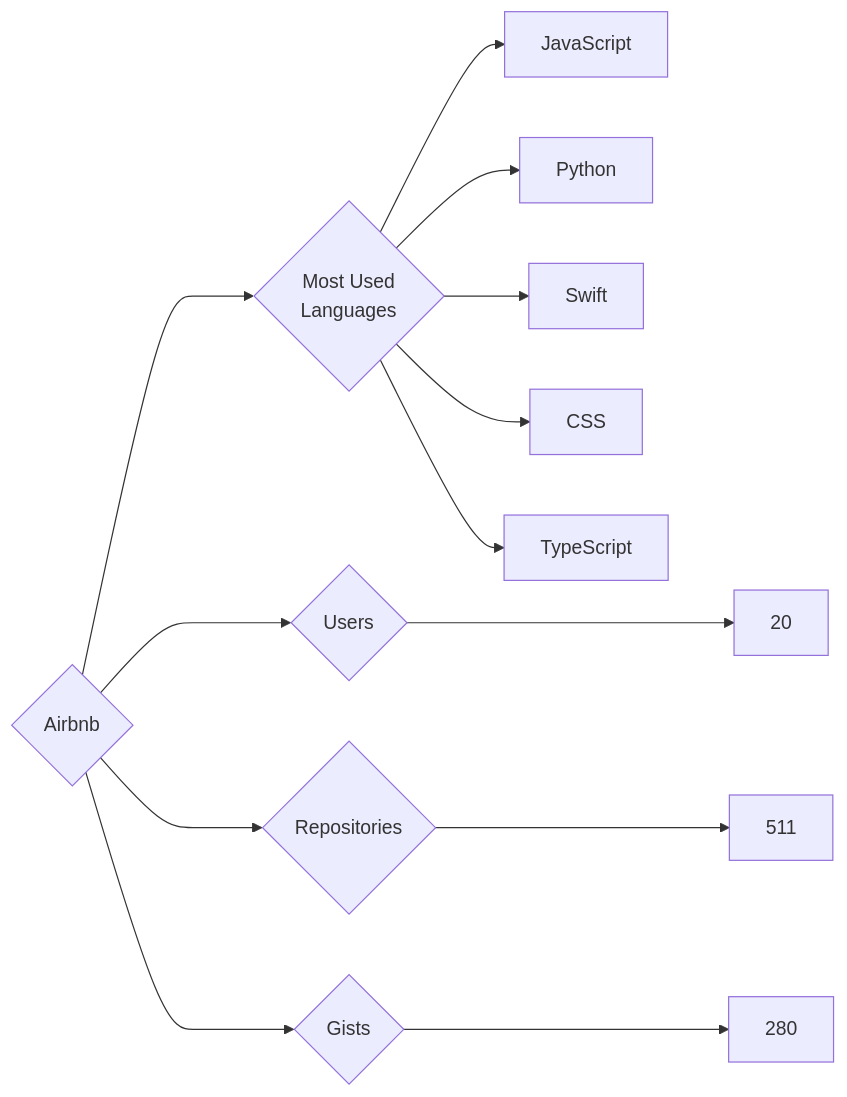
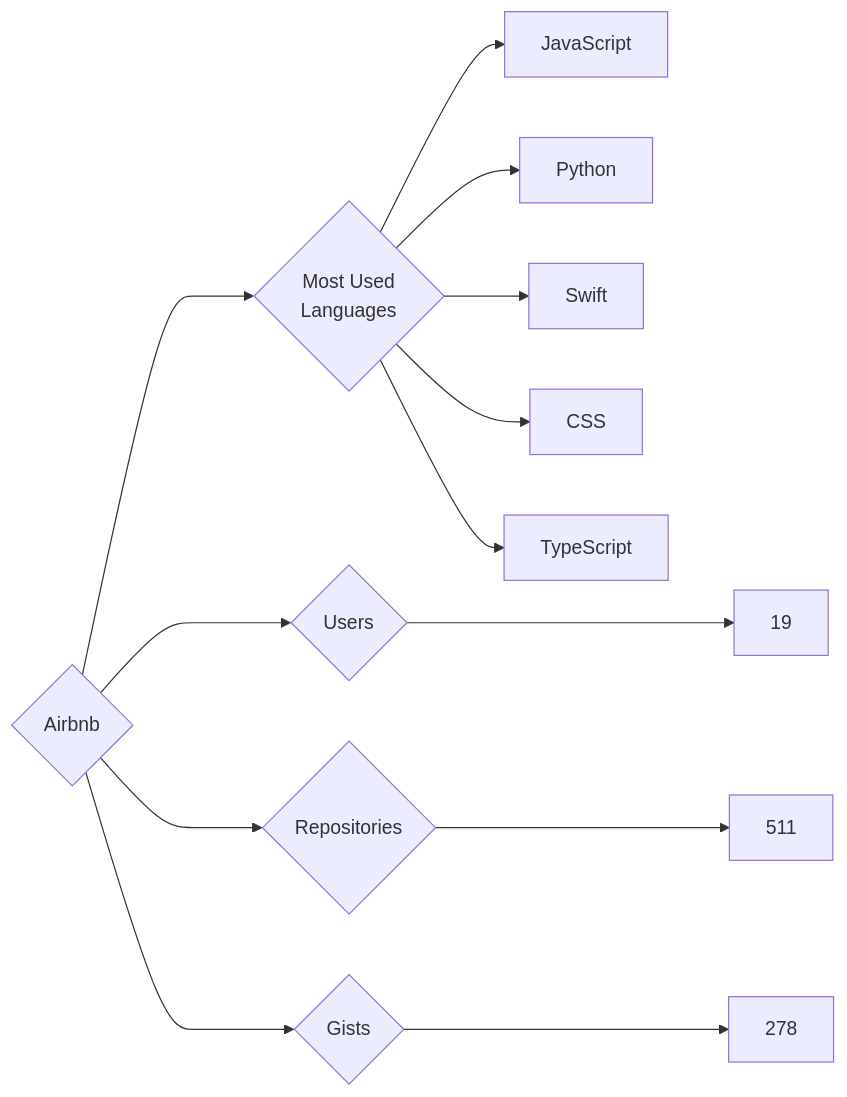
One commit to trickest/insiders changed the diagram in targets/Airbnb/README.md. Above: the diagram before and after it, drawn with Mermaid. The commit also changed 723 other files, not shown here.

````diff
--- a/targets/Airbnb/README.md
+++ b/targets/Airbnb/README.md
@@ -3,13 +3,13 @@
 ```mermaid
 graph LR
 COMPANY_NAME{Airbnb}
-COMPANY_NAME ---> U{Users} ---> UN[20]
+COMPANY_NAME ---> U{Users} ---> UN[19]
 COMPANY_NAME ---> R{Repositories} ---> RN[511]
-COMPANY_NAME ---> G{Gists} ---> GN[280]
+COMPANY_NAME ---> G{Gists} ---> GN[278]
 COMPANY_NAME ---> ML{Most Used<br>Languages}
 ML --> JavaScript[JavaScript]
 ML --> Python[Python]
 ML --> Swift[Swift]
 ML --> CSS[CSS]
 ML --> TypeScript[TypeScript]
 ```
````
